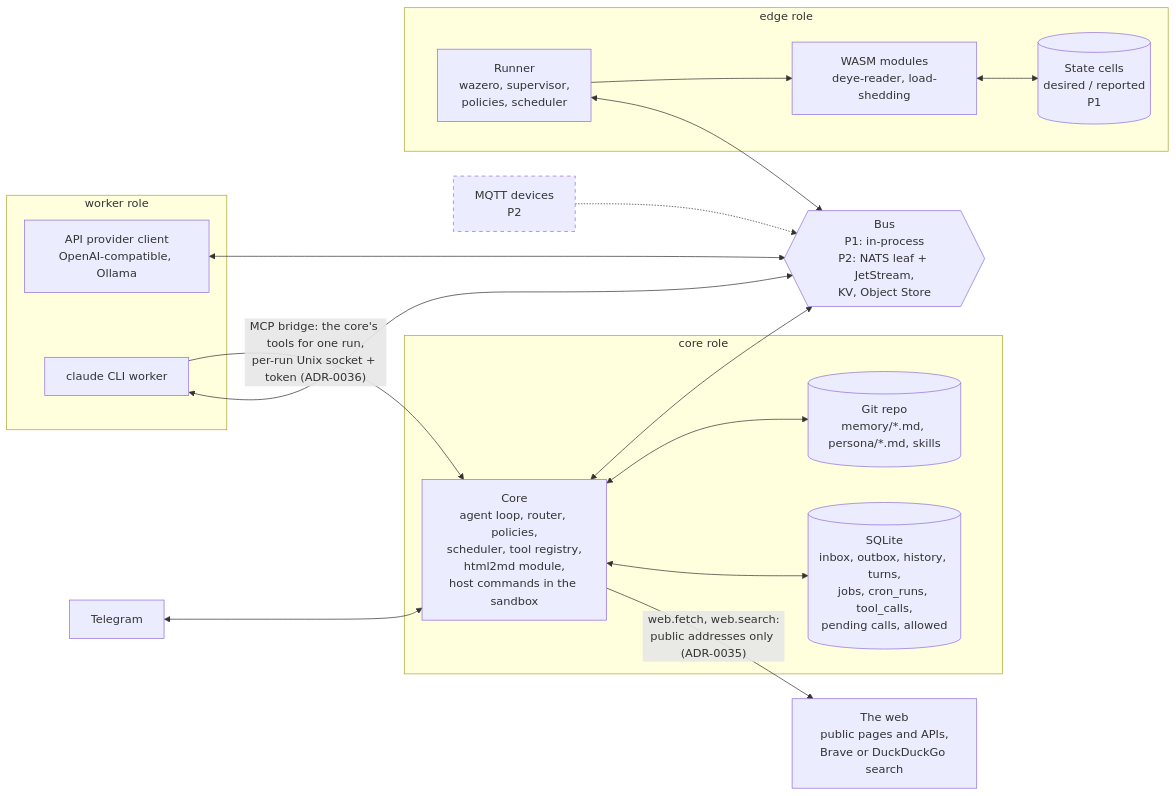
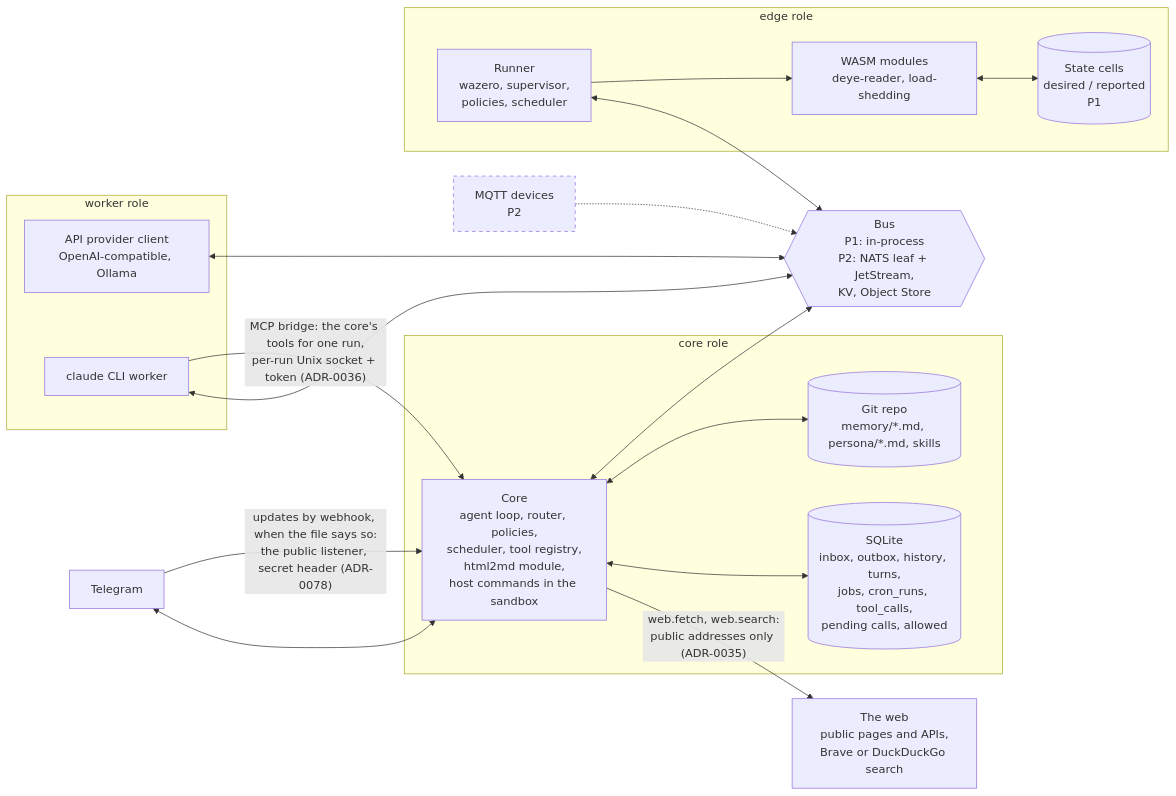
One commit to igorrius/ganglion changed the first of 3 diagrams in docs/architecture/02-containers.md. Above: the diagram before and after it, drawn with Mermaid. The commit also changed other lines of this file and 43 other files, not shown here.

First line of the commit message:
telegram: updates by a webhook on the node's public listener (task 6.6, G-152)

````diff
--- a/docs/architecture/02-containers.md
+++ b/docs/architecture/02-containers.md
@@ -9,41 +9,42 @@
 ```mermaid
 flowchart LR
     tg["Telegram"]
     web["The web<br/>public pages and APIs,<br/>Brave or DuckDuckGo search"]
     mqttdev["MQTT devices<br/>P2"]
 
     subgraph corerole["core role"]
         corep["Core<br/>agent loop, router, policies,<br/>scheduler, tool registry,<br/>html2md module,<br/>host commands in the sandbox"]
         sqlite[("SQLite<br/>inbox, outbox, history, turns,<br/>jobs, cron_runs, tool_calls,<br/>pending calls, allowed")]
         memrepo[("Git repo<br/>memory/*.md, persona/*.md, skills")]
     end
 
     subgraph edgerole["edge role"]
         runner["Runner<br/>wazero, supervisor,<br/>policies, scheduler"]
         mods["WASM modules<br/>deye-reader, load-shedding"]
         cells[("State cells<br/>desired / reported<br/>P1")]
     end
 
     subgraph workerrole["worker role"]
         api["API provider client<br/>OpenAI-compatible, Ollama"]
         cli["claude CLI worker"]
     end
 
     bus{{"Bus<br/>P1: in-process<br/>P2: NATS leaf + JetStream,<br/>KV, Object Store"}}
 
     tg <--> corep
+    tg -- "updates by webhook, when the file says so:<br/>the public listener, secret header (ADR-0078)" --> corep
     corep -- "web.fetch, web.search:<br/>public addresses only (ADR-0035)" --> web
     corep <--> sqlite
     corep <--> memrepo
     corep <--> bus
     runner <--> bus
     runner --> mods
     mods <--> cells
     api <--> bus
     cli <--> bus
     cli -- "MCP bridge: the core's tools for one run,<br/>per-run Unix socket + token (ADR-0036)" --> corep
     mqttdev -.-> bus
 
     classDef planned stroke-dasharray: 5 5
     class mqttdev planned
 ```
````
